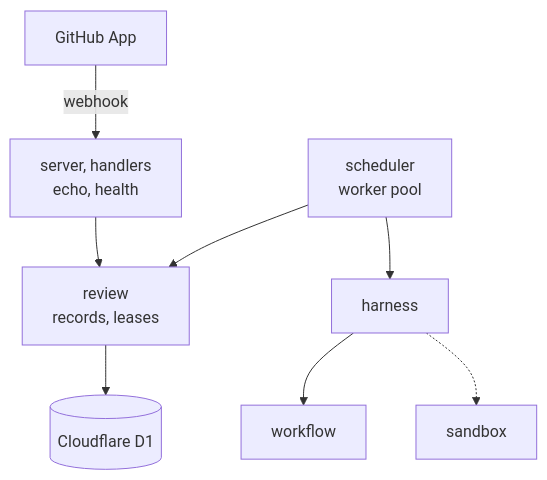
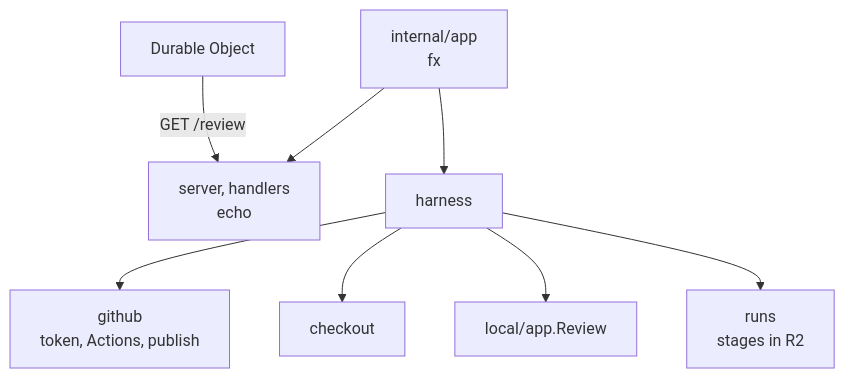
The first of 2 diagrams in docs/cloud/SERVER.md (Pleasurecruise/eyeful), drawn with Mermaid before and after one commit. The commit also changed other lines of this file and 46 other files, not shown here.

````diff
--- a/docs/cloud/SERVER.md
+++ b/docs/cloud/SERVER.md
@@ -13,10 +11,10 @@
 ```mermaid
 flowchart TB
-    github["GitHub App"] -->|webhook| server["server, handlers<br/>echo, health"]
-    server --> review["review<br/>records, leases"]
-    scheduler["scheduler<br/>worker pool"] --> review
-    review --> d1[("Cloudflare D1")]
-    scheduler --> harness["harness"]
-    harness --> workflow["workflow"]
-    harness -.-> sandbox["sandbox"]
+    do["Durable Object"] -->|"GET /review"| server["server, handlers<br/>echo"]
+    app["internal/app<br/>fx"] --> harness["harness"]
+    app --> server
+    harness --> github["github<br/>token, Actions, publish"]
+    harness --> checkout["checkout"]
+    harness --> local["local/app.Review"]
+    harness --> runs["runs<br/>stages in R2"]
 ```
````
